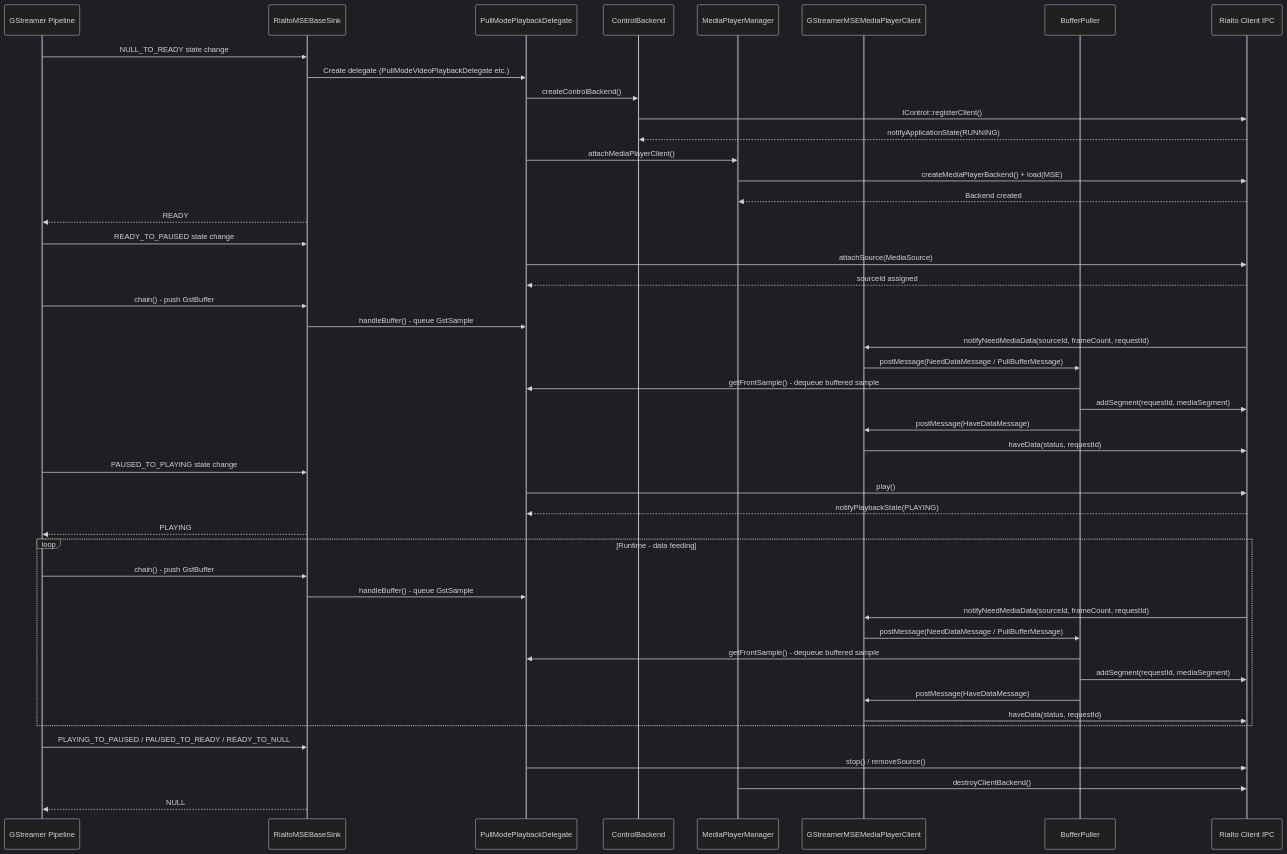
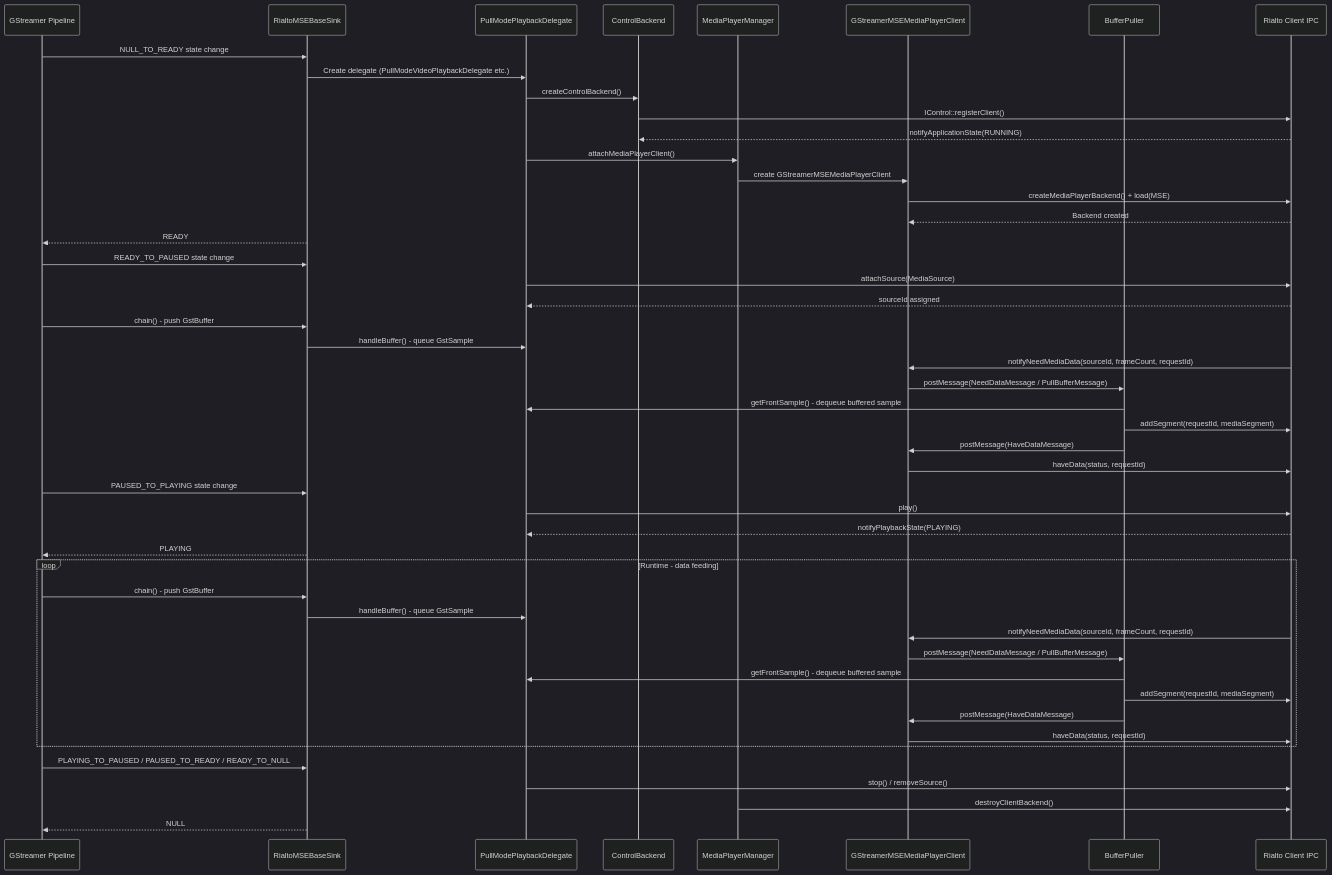
Before and after one commit to rdkcentral/rialto-gstreamer: the third of 7 diagrams in docs/README.md, drawn with Mermaid (dark theme). The commit also changed other lines of this file, not shown here.

First line of the commit message:
RDKDEV-1691: Address review comments for Rialto-gstreamer documentation

````diff
--- a/docs/README.md
+++ b/docs/README.md
@@ -163,54 +163,55 @@
 ```mermaid
 sequenceDiagram
     participant GSTPipeline as GStreamer Pipeline
     participant Sink as RialtoMSEBaseSink
     participant Delegate as PullModePlaybackDelegate
     participant CtrlBackend as ControlBackend
     participant MPMgr as MediaPlayerManager
     participant MPClient as GStreamerMSEMediaPlayerClient
     participant BufPuller as BufferPuller
     participant RialtoClient as Rialto Client IPC
 
     GSTPipeline->>Sink: NULL_TO_READY state change
     Sink->>Delegate: Create delegate (PullModeVideoPlaybackDelegate etc.)
     Delegate->>CtrlBackend: createControlBackend()
     CtrlBackend->>RialtoClient: IControl::registerClient()
     RialtoClient-->>CtrlBackend: notifyApplicationState(RUNNING)
     Delegate->>MPMgr: attachMediaPlayerClient()
-    MPMgr->>RialtoClient: createMediaPlayerBackend() + load(MSE)
-    RialtoClient-->>MPMgr: Backend created
+    MPMgr->>MPClient: create GStreamerMSEMediaPlayerClient
+    MPClient->>RialtoClient: createMediaPlayerBackend() + load(MSE)
+    RialtoClient-->>MPClient: Backend created
     Sink-->>GSTPipeline: READY
 
     GSTPipeline->>Sink: READY_TO_PAUSED state change
     Delegate->>RialtoClient: attachSource(MediaSource)
     RialtoClient-->>Delegate: sourceId assigned
     GSTPipeline->>Sink: chain() - push GstBuffer
     Sink->>Delegate: handleBuffer() - queue GstSample
     RialtoClient->>MPClient: notifyNeedMediaData(sourceId, frameCount, requestId)
     MPClient->>BufPuller: postMessage(NeedDataMessage / PullBufferMessage)
     BufPuller->>Delegate: getFrontSample() - dequeue buffered sample
     BufPuller->>RialtoClient: addSegment(requestId, mediaSegment)
     BufPuller->>MPClient: postMessage(HaveDataMessage)
     MPClient->>RialtoClient: haveData(status, requestId)
 
     GSTPipeline->>Sink: PAUSED_TO_PLAYING state change
     Delegate->>RialtoClient: play()
     RialtoClient-->>Delegate: notifyPlaybackState(PLAYING)
     Sink-->>GSTPipeline: PLAYING
 
     loop Runtime - data feeding
         GSTPipeline->>Sink: chain() - push GstBuffer
         Sink->>Delegate: handleBuffer() - queue GstSample
         RialtoClient->>MPClient: notifyNeedMediaData(sourceId, frameCount, requestId)
         MPClient->>BufPuller: postMessage(NeedDataMessage / PullBufferMessage)
         BufPuller->>Delegate: getFrontSample() - dequeue buffered sample
         BufPuller->>RialtoClient: addSegment(requestId, mediaSegment)
         BufPuller->>MPClient: postMessage(HaveDataMessage)
         MPClient->>RialtoClient: haveData(status, requestId)
     end
 
     GSTPipeline->>Sink: PLAYING_TO_PAUSED / PAUSED_TO_READY / READY_TO_NULL
     Delegate->>RialtoClient: stop() / removeSource()
     MPMgr->>RialtoClient: destroyClientBackend()
     Sink-->>GSTPipeline: NULL
 ```
````
